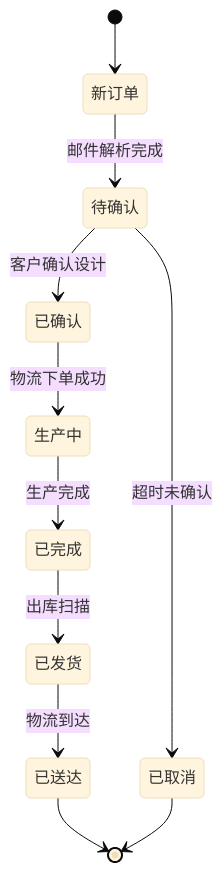
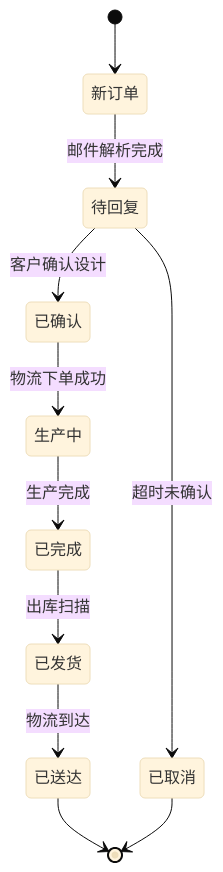
Before and after one commit to SY6621/POD-Order-Management: the fourth of 18 diagrams in .qoder/repowiki/zh/content/开发指南/订单处理工作流增强.md, drawn with Mermaid (base theme). The commit also changed other lines of this file and 8 other files, not shown here.

````diff
--- a/.qoder/repowiki/zh/content/开发指南/订单处理工作流增强.md
+++ b/.qoder/repowiki/zh/content/开发指南/订单处理工作流增强.md
@@ -285,13 +290,13 @@
 ```mermaid
 stateDiagram-v2
 [*] --> 新订单
-新订单 --> 待确认 : 邮件解析完成
-待确认 --> 已确认 : 客户确认设计
-待确认 --> 已取消 : 超时未确认
+新订单 --> 待回复 : 邮件解析完成
+待回复 --> 已确认 : 客户确认设计
+待回复 --> 已取消 : 超时未确认
 已确认 --> 生产中 : 物流下单成功
 生产中 --> 已完成 : 生产完成
 已完成 --> 已发货 : 出库扫描
 已发货 --> 已送达 : 物流到达
 已送达 --> [*]
 已取消 --> [*]
 ```
````
